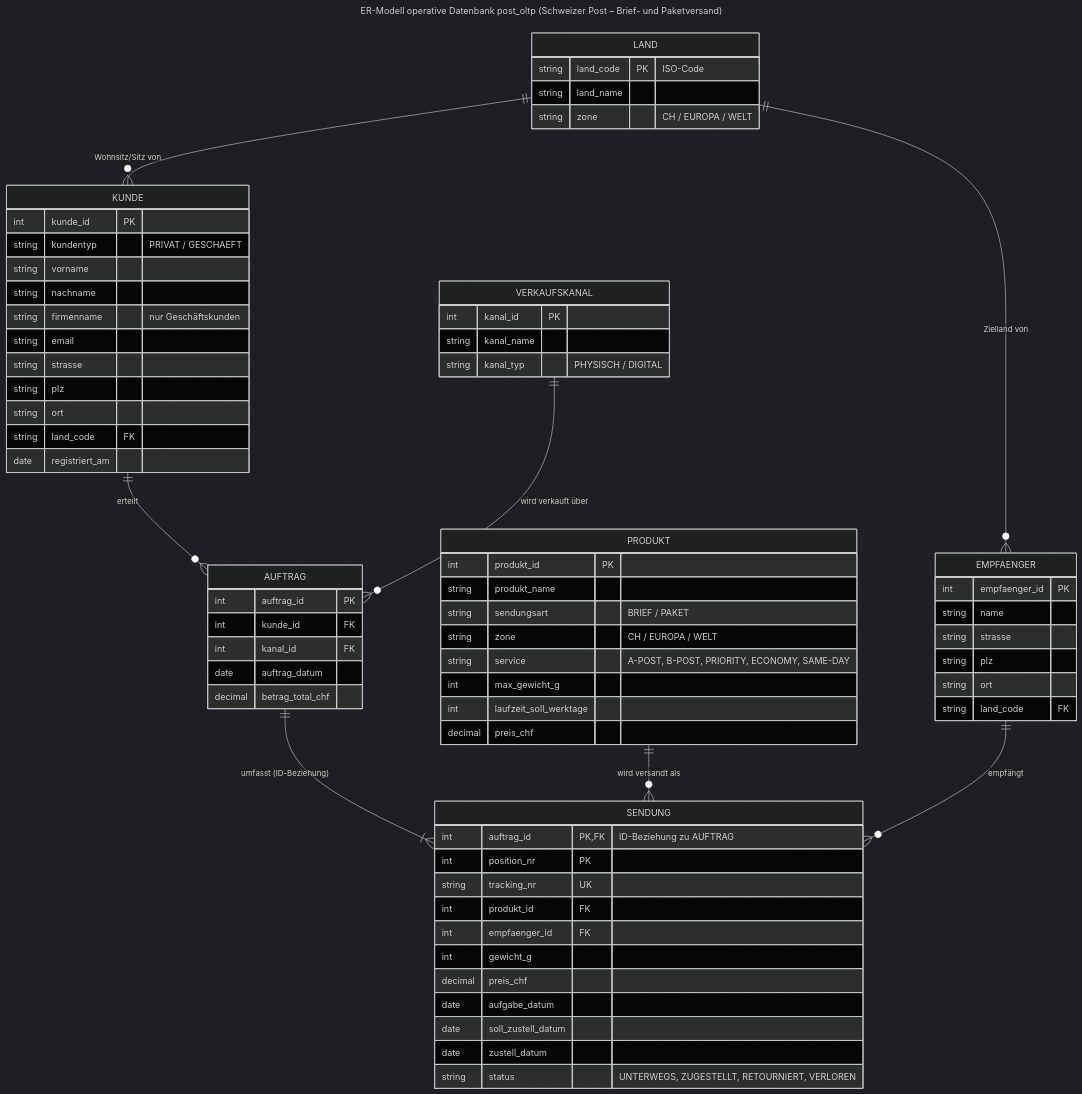
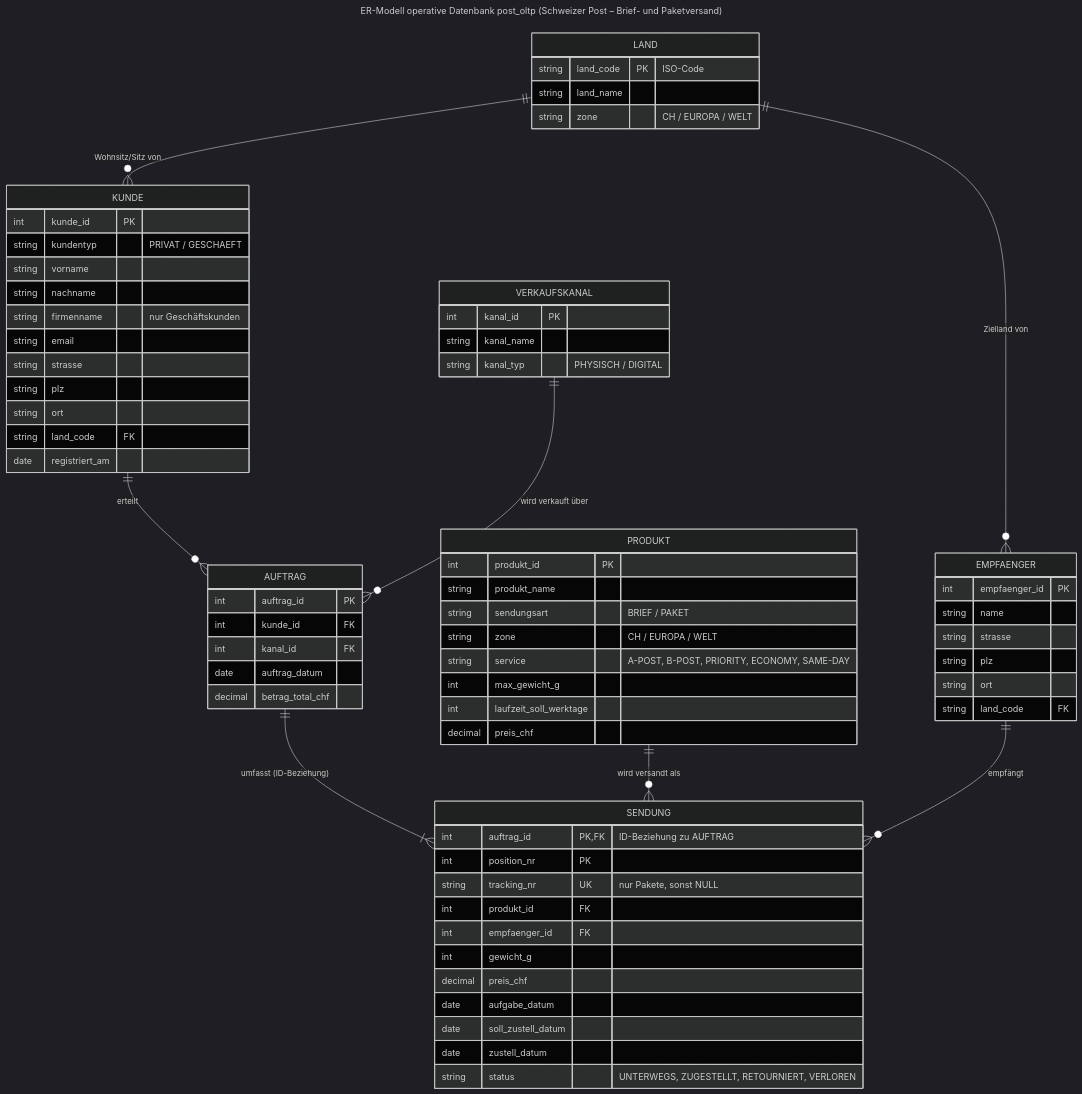
Before and after one commit to taar1/ZHAW_DB_DQH_Leistungsnachweis: the diagram in docs/diagramme/erm_oltp.mmd, drawn with Mermaid (dark theme). The commit also changed 10 other files, not shown here.

```diff
--- a/docs/diagramme/erm_oltp.mmd
+++ b/docs/diagramme/erm_oltp.mmd
@@ -1,73 +1,73 @@
 ---
 title: ER-Modell operative Datenbank post_oltp (Schweizer Post – Brief- und Paketversand)
 ---
 erDiagram
     LAND ||--o{ KUNDE : "Wohnsitz/Sitz von"
     LAND ||--o{ EMPFAENGER : "Zielland von"
     KUNDE ||--o{ AUFTRAG : "erteilt"
     VERKAUFSKANAL ||--o{ AUFTRAG : "wird verkauft über"
     AUFTRAG ||--|{ SENDUNG : "umfasst (ID-Beziehung)"
     PRODUKT ||--o{ SENDUNG : "wird versandt als"
     EMPFAENGER ||--o{ SENDUNG : "empfängt"
 
     LAND {
         string land_code PK "ISO-Code"
         string land_name
         string zone "CH / EUROPA / WELT"
     }
     KUNDE {
         int kunde_id PK
         string kundentyp "PRIVAT / GESCHAEFT"
         string vorname
         string nachname
         string firmenname "nur Geschäftskunden"
         string email
         string strasse
         string plz
         string ort
         string land_code FK
         date registriert_am
     }
     VERKAUFSKANAL {
         int kanal_id PK
         string kanal_name
         string kanal_typ "PHYSISCH / DIGITAL"
     }
     PRODUKT {
         int produkt_id PK
         string produkt_name
         string sendungsart "BRIEF / PAKET"
         string zone "CH / EUROPA / WELT"
         string service "A-POST, B-POST, PRIORITY, ECONOMY, SAME-DAY"
         int max_gewicht_g
         int laufzeit_soll_werktage
         decimal preis_chf
     }
     EMPFAENGER {
         int empfaenger_id PK
         string name
         string strasse
         string plz
         string ort
         string land_code FK
     }
     AUFTRAG {
         int auftrag_id PK
         int kunde_id FK
         int kanal_id FK
         date auftrag_datum
         decimal betrag_total_chf
     }
     SENDUNG {
         int auftrag_id PK,FK "ID-Beziehung zu AUFTRAG"
         int position_nr PK
-        string tracking_nr UK
+        string tracking_nr UK "nur Pakete, sonst NULL"
         int produkt_id FK
         int empfaenger_id FK
         int gewicht_g
         decimal preis_chf
         date aufgabe_datum
         date soll_zustell_datum
         date zustell_datum
         string status "UNTERWEGS, ZUGESTELLT, RETOURNIERT, VERLOREN"
     }
```
